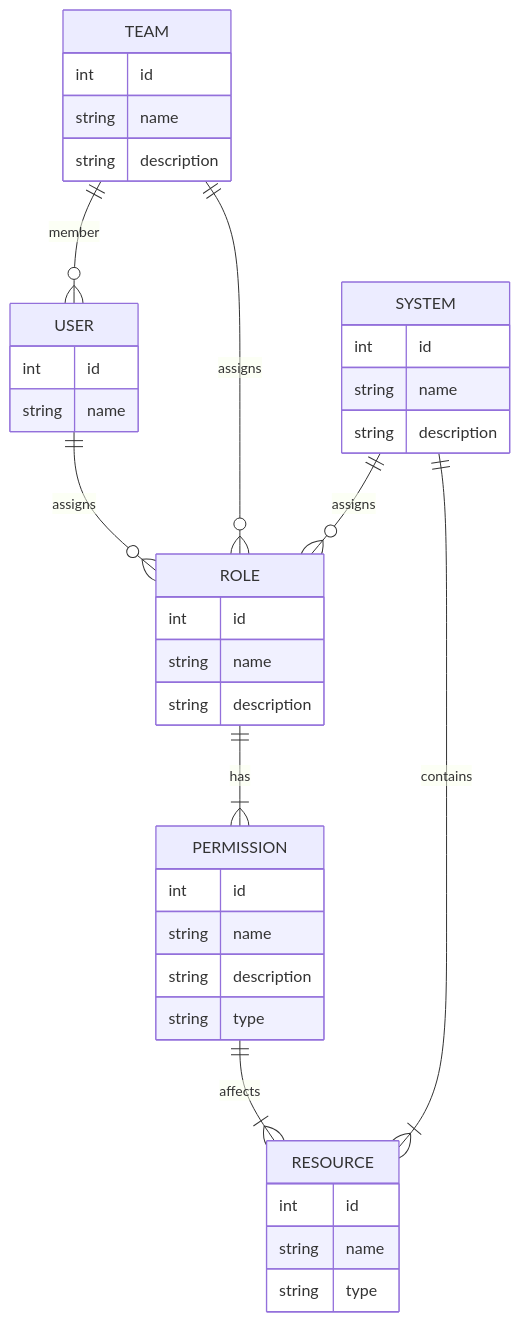
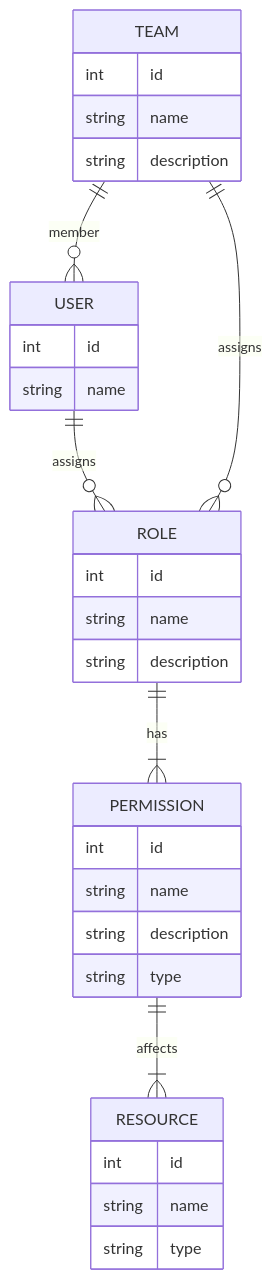
Before and after one commit to DependencyTrack/hyades: the diagram in docs/architecture/decisions/009-auth-and-roles.md, drawn with Mermaid.

Commit message:
Remove "SYSTEM" from diagram

````diff
--- a/docs/architecture/decisions/009-auth-and-roles.md
+++ b/docs/architecture/decisions/009-auth-and-roles.md
@@ -22,46 +22,39 @@
 ```mermaid
 erDiagram
     USER ||--o{ ROLE : assigns
     ROLE ||--|{ PERMISSION : has
     PERMISSION ||--|{ RESOURCE : affects
     TEAM ||--o{ USER : member
     TEAM ||--o{ ROLE : assigns
-    SYSTEM ||--o{ ROLE : assigns
-    SYSTEM ||--|{ RESOURCE : contains
 
     USER {
         int id
         string name
     }
 
     ROLE {
         int id
         string name
         string description
     }
 
     PERMISSION {
         int id
         string name
         string description
         string type
     }
 
     RESOURCE {
         int id
         string name
         string type
     }
 
     TEAM {
         int id
         string name
         string description
     }
 
-    SYSTEM {
-        int id
-        string name
-        string description
-    }
 ```
````
